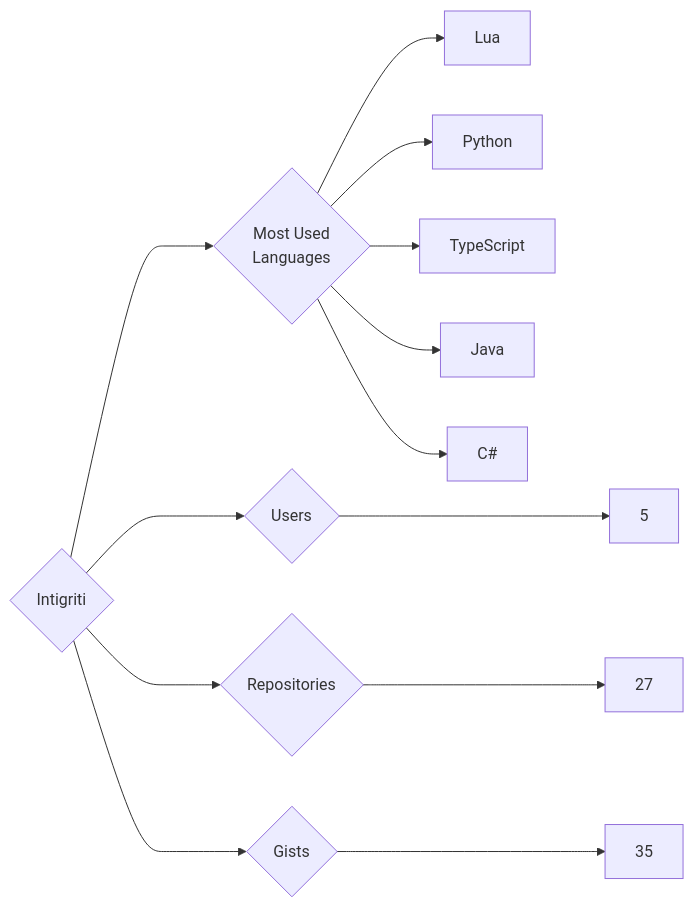
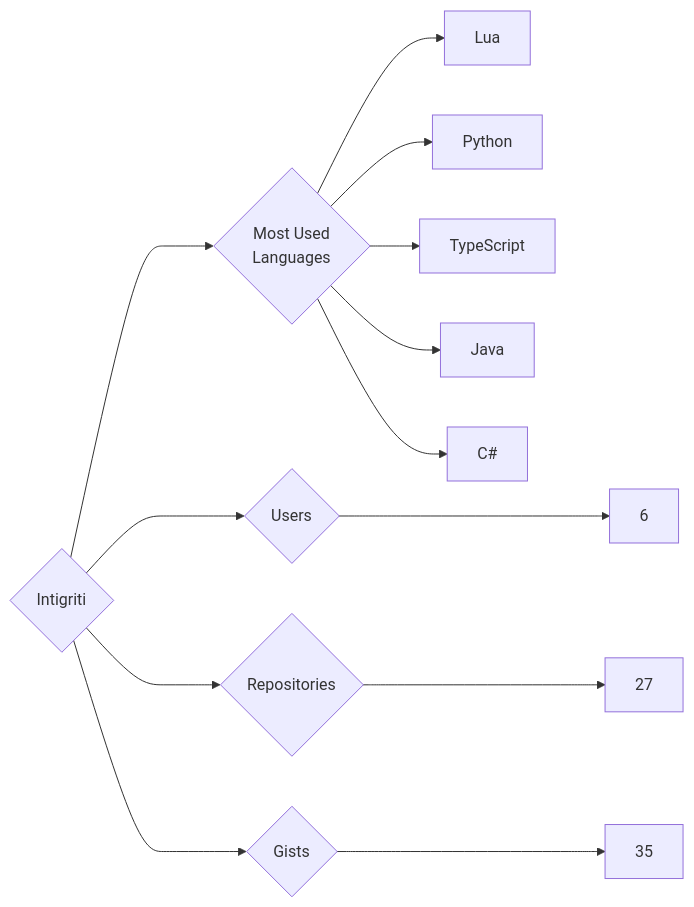
Before and after one commit to trickest/insiders: the diagram in targets/Intigriti/README.md, drawn with Mermaid. The commit also changed 1020 other files, not shown here.

````diff
--- a/targets/Intigriti/README.md
+++ b/targets/Intigriti/README.md
@@ -3,13 +3,13 @@
 ```mermaid
 graph LR
 COMPANY_NAME{Intigriti}
-COMPANY_NAME ---> U{Users} ---> UN[5]
+COMPANY_NAME ---> U{Users} ---> UN[6]
 COMPANY_NAME ---> R{Repositories} ---> RN[27]
 COMPANY_NAME ---> G{Gists} ---> GN[35]
 COMPANY_NAME ---> ML{Most Used<br>Languages}
 ML --> Lua[Lua]
 ML --> Python[Python]
 ML --> TypeScript[TypeScript]
 ML --> Java[Java]
 ML --> C#[C#]
 ```
````
